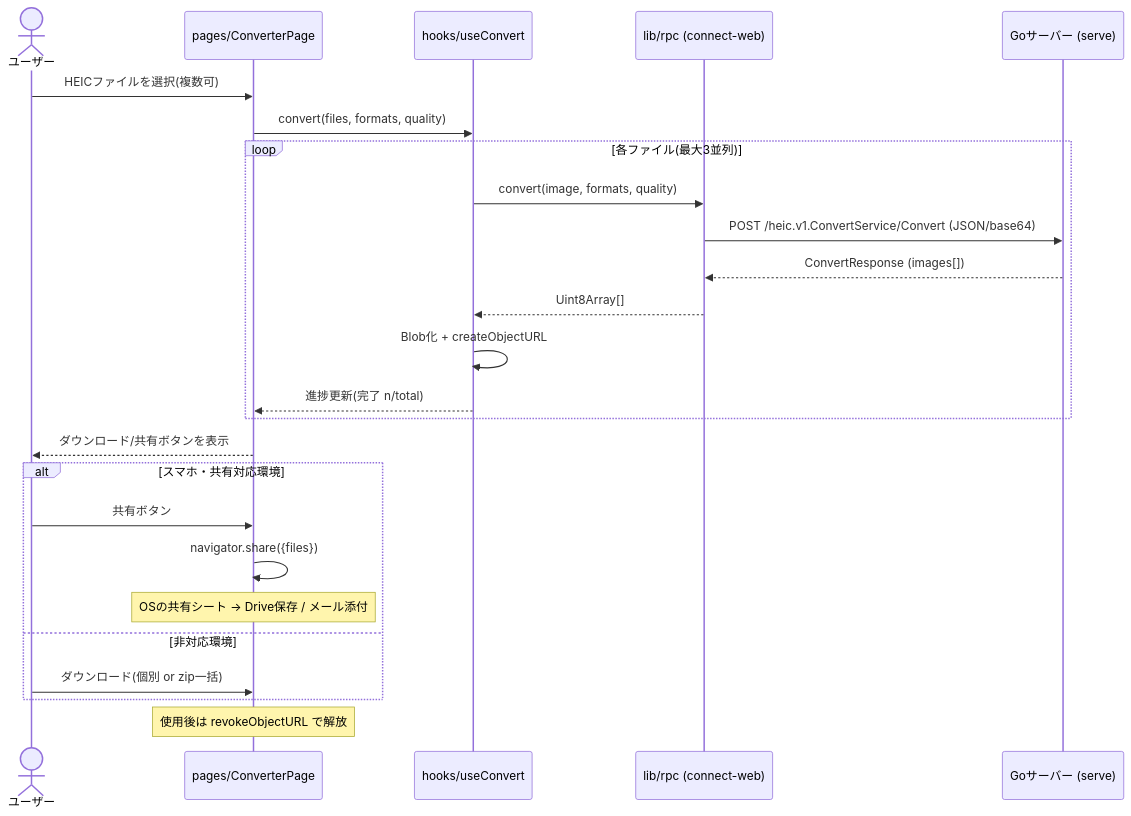
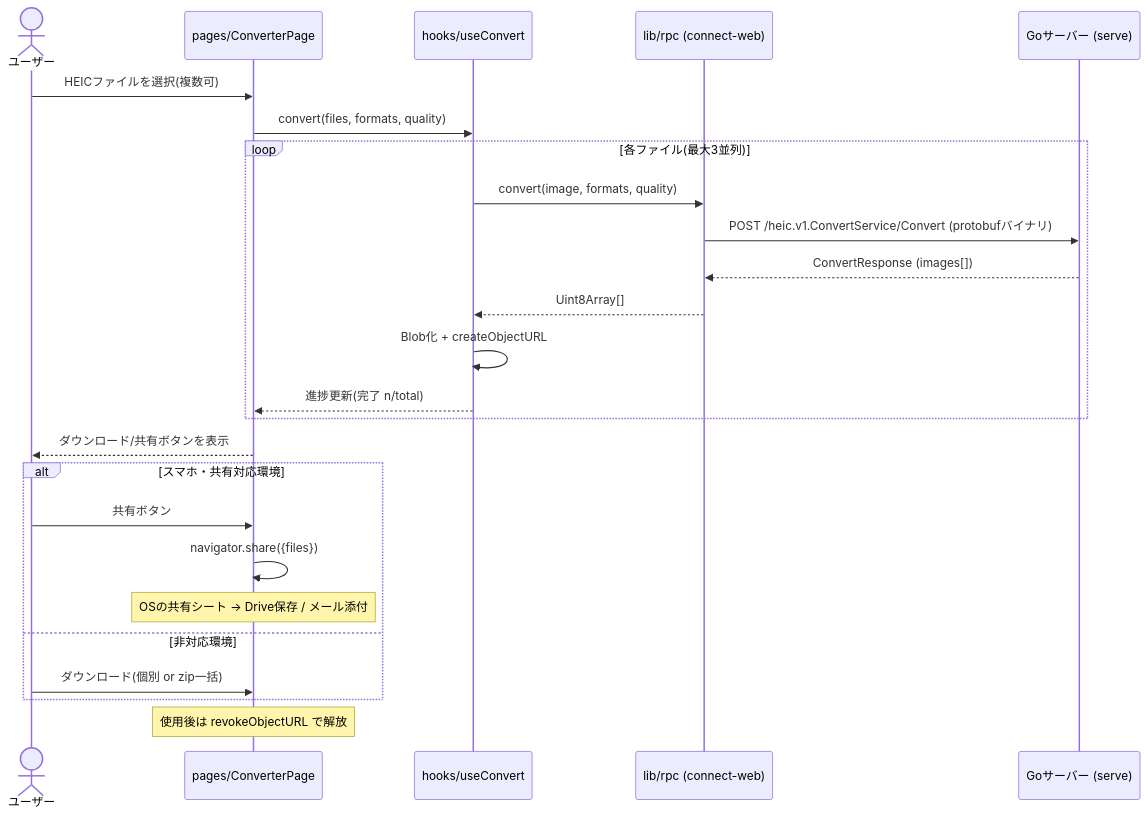
The second of 2 diagrams in doc/frontend-web-ui/prd.md (kkito0726/heic-converter), drawn with Mermaid before and after one commit. The commit also changed other lines of this file and 3 other files, not shown here.

````diff
--- a/doc/frontend-web-ui/prd.md
+++ b/doc/frontend-web-ui/prd.md
@@ -114,28 +114,28 @@
 ```mermaid
 sequenceDiagram
     actor User as ユーザー
     participant UI as pages/ConverterPage
     participant Hook as hooks/useConvert
     participant Client as lib/rpc (connect-web)
     participant Server as Goサーバー (serve)
 
     User->>UI: HEICファイルを選択(複数可)
     UI->>Hook: convert(files, formats, quality)
     loop 各ファイル(最大3並列)
         Hook->>Client: convert(image, formats, quality)
-        Client->>Server: POST /heic.v1.ConvertService/Convert (JSON/base64)
+        Client->>Server: POST /heic.v1.ConvertService/Convert (protobufバイナリ)
         Server-->>Client: ConvertResponse (images[])
         Client-->>Hook: Uint8Array[]
         Hook->>Hook: Blob化 + createObjectURL
         Hook-->>UI: 進捗更新(完了 n/total)
     end
     UI-->>User: ダウンロード/共有ボタンを表示
     alt スマホ・共有対応環境
         User->>UI: 共有ボタン
         UI->>UI: navigator.share({files})
         Note over UI: OSの共有シート → Drive保存 / メール添付
     else 非対応環境
         User->>UI: ダウンロード(個別 or zip一括)
     end
     Note over UI: 使用後は revokeObjectURL で解放
 ```
````
